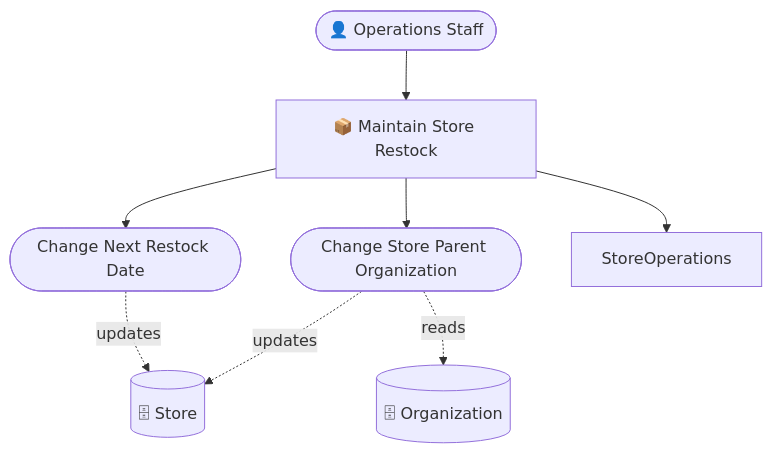
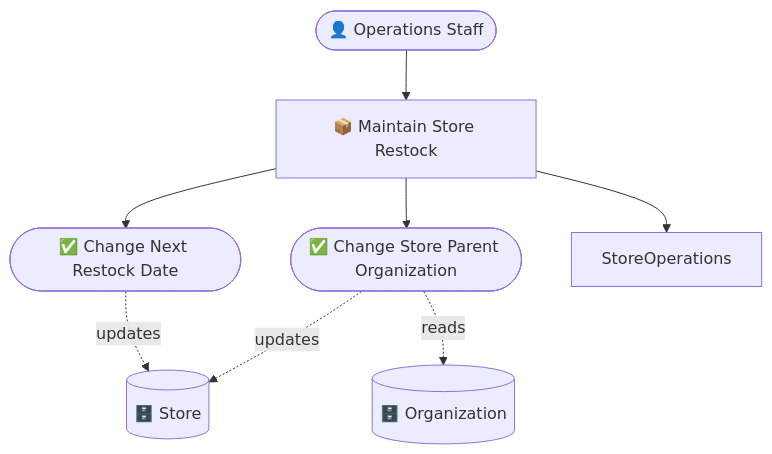
The first of 3 diagrams in samples/incremental-order/step-2-data-touchpoints/design.md (manji-0/rdra-ish-dsl), drawn with Mermaid before and after one commit. The commit also changed other lines of this file and 114 other files, not shown here.

Commit message:
feat: update rdra diagram layering

````diff
--- a/samples/incremental-order/step-2-data-touchpoints/design.md
+++ b/samples/incremental-order/step-2-data-touchpoints/design.md
@@ -48,16 +48,16 @@
 ```mermaid
 graph TD
   OpsStaff(["👤 Operations Staff"])
-  ChangeNextRestockDate(["Change Next Restock Date"])
-  ChangeStoreParentOrganization(["Change Store Parent Organization"])
+  ChangeNextRestockDate(["✅ Change Next Restock Date"])
+  ChangeStoreParentOrganization(["✅ Change Store Parent Organization"])
   BucStoreRestock["📦 Maintain Store Restock"]
-  Organization[("🗄 Organization")]
-  Store[("🗄 Store")]
+  Organization[("🗄️ Organization")]
+  Store[("🗄️ Store")]
   OpsStaff --> BucStoreRestock
   BucStoreRestock --> StoreOperations
   BucStoreRestock --> ChangeNextRestockDate
   BucStoreRestock --> ChangeStoreParentOrganization
   ChangeNextRestockDate -.->|updates| Store
   ChangeStoreParentOrganization -.->|updates| Store
   ChangeStoreParentOrganization -.->|reads| Organization
 ```
````
